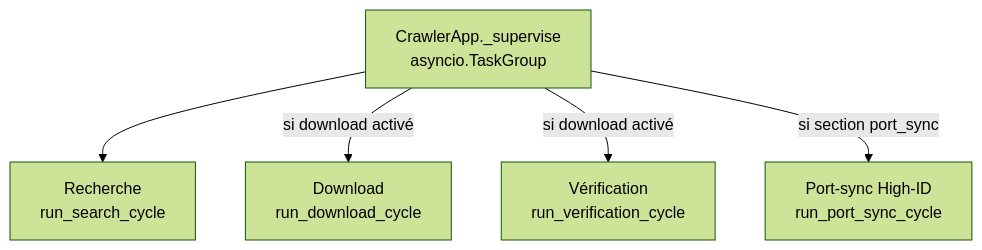
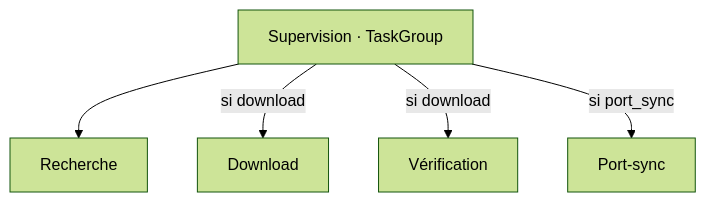
The third of 10 diagrams in docs/architecture.md (GeoffreyCoulaud/mulewatch), drawn with Mermaid (forest theme) before and after one commit. The commit also changed other lines of this file, not shown here.

First line of the commit message:
docs(architecture): diagrammes — trafic via gluetun, notifs via URL apprise, labels courts

````diff
--- a/docs/architecture.md
+++ b/docs/architecture.md
@@ -64,8 +73,8 @@
 ```mermaid
 flowchart TB
-  app["CrawlerApp._supervise<br/>asyncio.TaskGroup"]
-  app --> s["Recherche<br/>run_search_cycle"]
-  app -->|"si download activé"| d["Download<br/>run_download_cycle"]
-  app -->|"si download activé"| v["Vérification<br/>run_verification_cycle"]
-  app -->|"si section port_sync"| p["Port-sync High-ID<br/>run_port_sync_cycle"]
+  app["Supervision · TaskGroup"]
+  app --> s["Recherche"]
+  app -->|"si download"| d["Download"]
+  app -->|"si download"| v["Vérification"]
+  app -->|"si port_sync"| p["Port-sync"]
 ```
````
